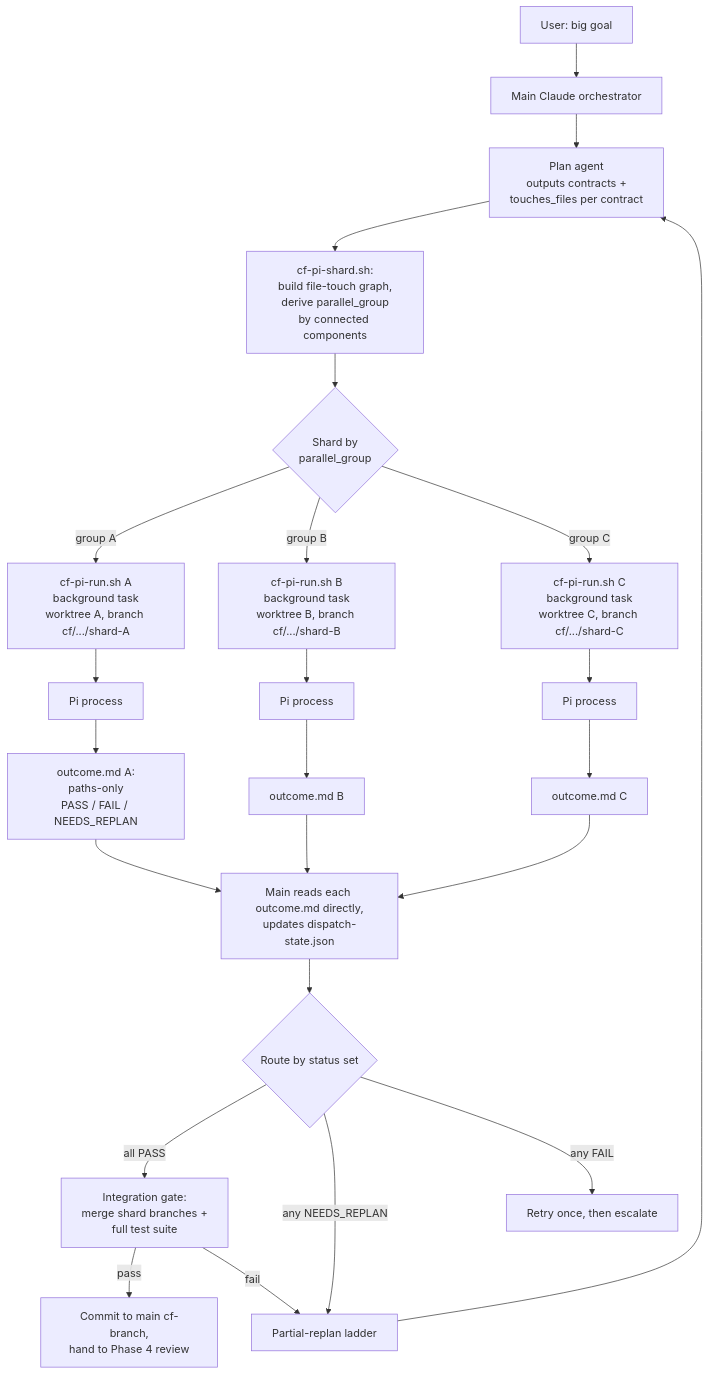
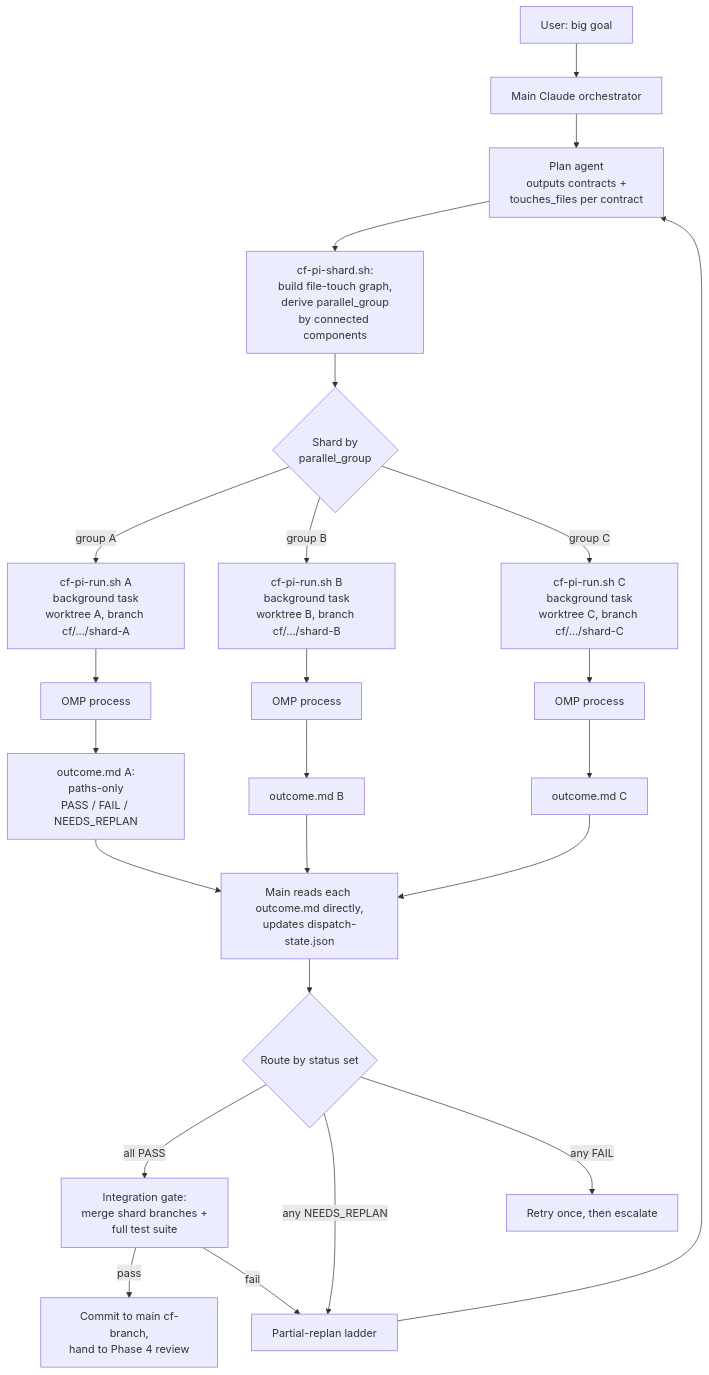
The first of 2 diagrams in context-flow/docs/parallel-sharded-design.md (musingfox/cc-plugins), drawn with Mermaid before and after one commit. The commit also changed other lines of this file and 21 other files, not shown here.

First line of the commit message:
context-flow: omp-run feedback fixes, cf/<slug> branches, Pi→OMP prose

````diff
--- a/context-flow/docs/parallel-sharded-design.md
+++ b/context-flow/docs/parallel-sharded-design.md
@@ -27,33 +27,33 @@
 ```mermaid
 flowchart TB
     User[User: big goal] --> Main[Main Claude orchestrator]
     Main --> Plan[Plan agent<br/>outputs contracts +<br/>touches_files per contract]
     Plan --> Graph[cf-pi-shard.sh:<br/>build file-touch graph,<br/>derive parallel_group<br/>by connected components]
     Graph --> Shard{Shard by<br/>parallel_group}
 
     Shard -->|group A| ShA[cf-pi-run.sh A<br/>background task<br/>worktree A, branch cf/.../shard-A]
     Shard -->|group B| ShB[cf-pi-run.sh B<br/>background task<br/>worktree B, branch cf/.../shard-B]
     Shard -->|group C| ShC[cf-pi-run.sh C<br/>background task<br/>worktree C, branch cf/.../shard-C]
 
-    ShA --> PiA[Pi process]
-    ShB --> PiB[Pi process]
-    ShC --> PiC[Pi process]
+    ShA --> PiA[OMP process]
+    ShB --> PiB[OMP process]
+    ShC --> PiC[OMP process]
 
     PiA --> OutA[outcome.md A:<br/>paths-only<br/>PASS / FAIL / NEEDS_REPLAN]
     PiB --> OutB[outcome.md B]
     PiC --> OutC[outcome.md C]
 
     OutA --> Collect[Main reads each outcome.md directly,<br/>updates dispatch-state.json]
     OutB --> Collect
     OutC --> Collect
 
     Collect --> Route{Route by status set}
     Route -->|all PASS| Int[Integration gate:<br/>merge shard branches +<br/>full test suite]
     Route -->|any NEEDS_REPLAN| Replan[Partial-replan ladder]
     Route -->|any FAIL| Retry[Retry once, then escalate]
 
     Int -->|pass| Done[Commit to main cf-branch,<br/>hand to Phase 4 review]
     Int -->|fail| Replan
 
     Replan --> Plan
 ```
````
